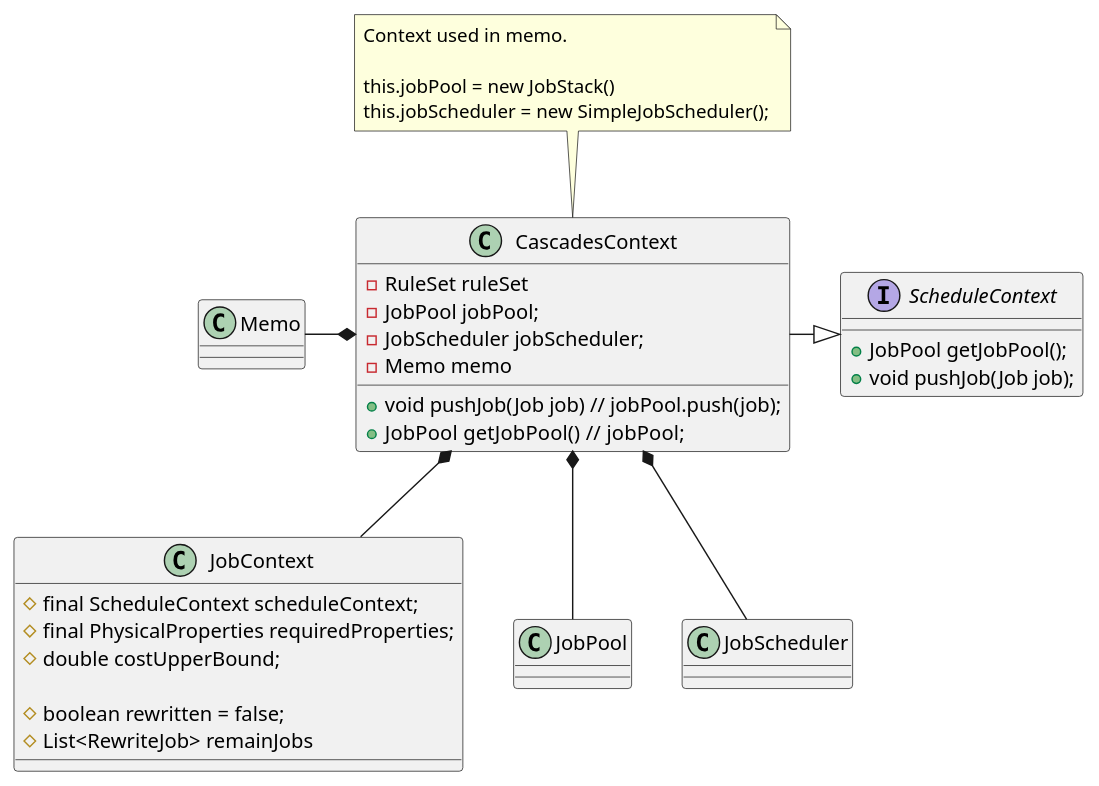
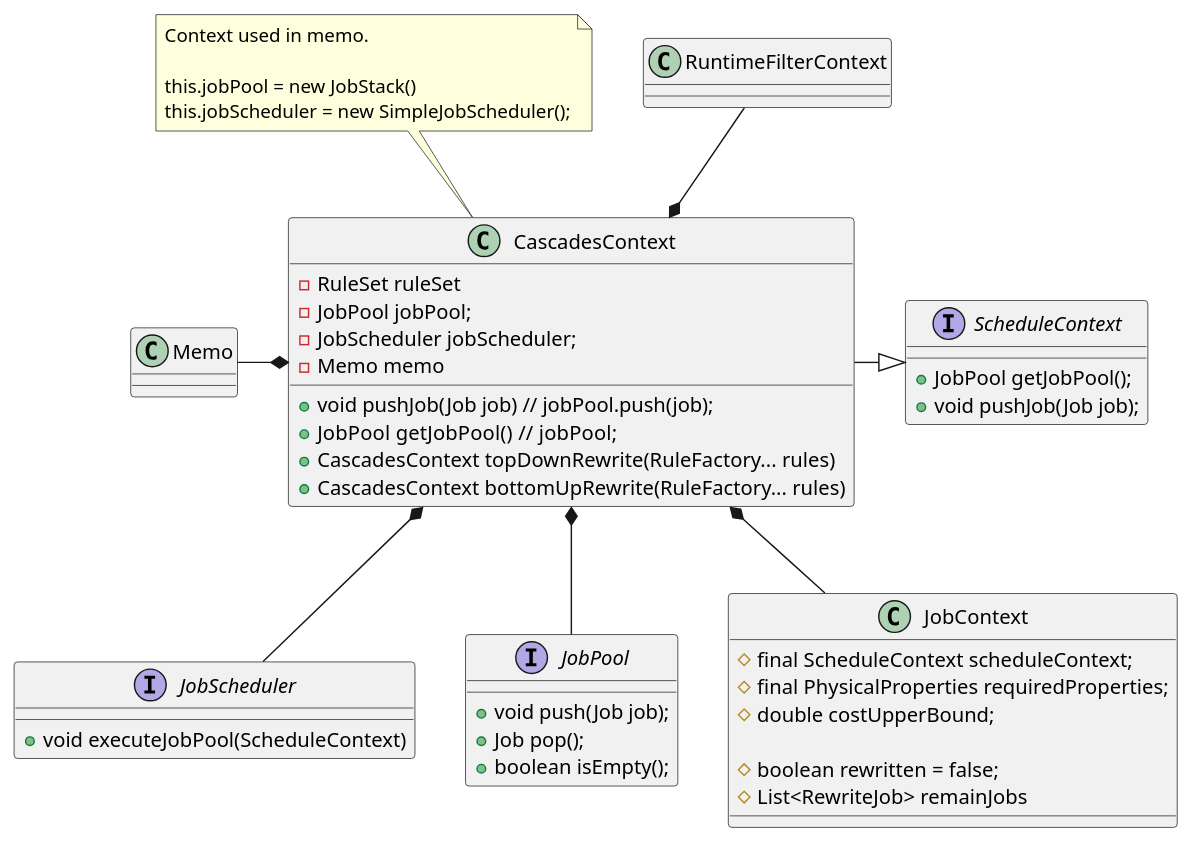
One commit to DepInjoy/geektime changed the first of 3 diagrams in doc/DB/Doris/SourceRead/00_01_00_Optimizer_CascadesContext.md. Above: the diagram before and after it, drawn with PlantUML. The commit also changed other lines of this file and 2 other files, not shown here.

Commit message:
Doris Rewrite Framework梳理

````diff
--- a/doc/DB/Doris/SourceRead/00_01_00_Optimizer_CascadesContext.md
+++ b/doc/DB/Doris/SourceRead/00_01_00_Optimizer_CascadesContext.md
@@ -46,35 +46,48 @@
 ```plantuml
 @startuml
 class CascadesContext {
     - RuleSet ruleSet
     - JobPool jobPool;
     - JobScheduler jobScheduler;
     - Memo memo
 
     + void pushJob(Job job) // jobPool.push(job);
     + JobPool getJobPool()  // jobPool;
+    + CascadesContext topDownRewrite(RuleFactory... rules)
+    + CascadesContext bottomUpRewrite(RuleFactory... rules)
 }
 note top : Context used in memo. \n\nthis.jobPool = new JobStack()\nthis.jobScheduler = new SimpleJobScheduler();
 
 interface ScheduleContext {
     + JobPool getJobPool();
     + void pushJob(Job job);
+}
+
+interface JobScheduler {
+    + void executeJobPool(ScheduleContext)
+}
+
+interface JobPool {
+    + void push(Job job);
+    + Job pop();
+    + boolean isEmpty();
 }
 
 class JobContext {
     # final ScheduleContext scheduleContext;
     # final PhysicalProperties requiredProperties;
     # double costUpperBound;
 
     # boolean rewritten = false;
     # List<RewriteJob> remainJobs
 }
 
-CascadesContext -|> ScheduleContext
+CascadesContext -right-|> ScheduleContext
 JobPool -up-* CascadesContext
 JobScheduler -up-* CascadesContext
 JobContext -up-* CascadesContext
 
 Memo -right-* CascadesContext
+RuntimeFilterContext -down-* CascadesContext
 @enduml
 ```
````
